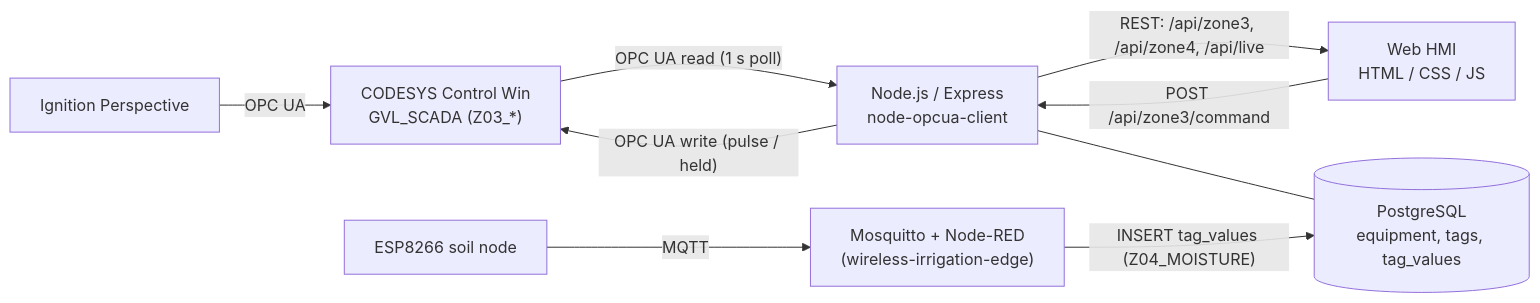
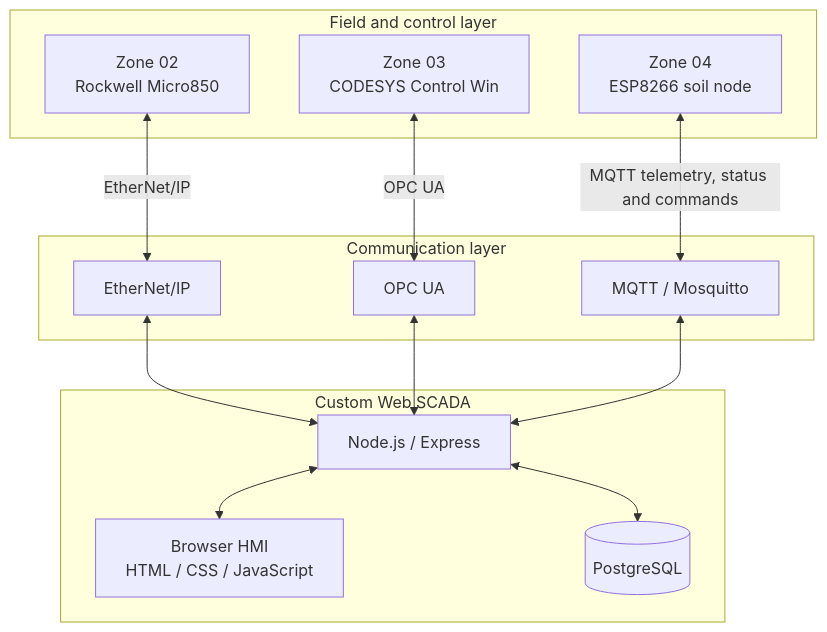
The diagram in README.md (Radfar/building-irrigation-scada), drawn with Mermaid before and after one commit. The commit also changed other lines of this file, not shown here.

Commit message:
Update README for multi-brand web SCADA architecture

````diff
--- a/README.md
+++ b/README.md
@@ -17,19 +17,29 @@
 ```mermaid
-flowchart LR
-  PLC["CODESYS Control Win<br/>GVL_SCADA (Z03_*)"]
-  N["Node.js / Express<br/>node-opcua-client"]
-  H["Web HMI<br/>HTML / CSS / JS"]
-  DB[("PostgreSQL<br/>equipment, tags, tag_values")]
-  I["Ignition Perspective"]
-  S["ESP8266 soil node"]
-  E["Mosquitto + Node-RED<br/>(wireless-irrigation-edge)"]
+flowchart TB
+  subgraph FIELD["Field and control layer"]
+    Z2["Zone 02<br/>Rockwell Micro850"]
+    Z3["Zone 03<br/>CODESYS Control Win"]
+    Z4["Zone 04<br/>ESP8266 soil node"]
+  end
 
-  PLC -- "OPC UA read (1 s poll)" --> N
-  N -- "OPC UA write (pulse / held)" --> PLC
-  N -- "REST: /api/zone3, /api/zone4, /api/live" --> H
-  H -- "POST /api/zone3/command" --> N
-  N --- DB
-  I -- "OPC UA" --> PLC
-  S -- "MQTT" --> E
-  E -- "INSERT tag_values (Z04_MOISTURE)" --> DB
+  subgraph COMM["Communication layer"]
+    EIP["EtherNet/IP"]
+    OPC["OPC UA"]
+    MQTT["MQTT / Mosquitto"]
+  end
+
+  subgraph APP["Custom Web SCADA"]
+    BE["Node.js / Express"]
+    FE["Browser HMI<br/>HTML / CSS / JavaScript"]
+    DB[("PostgreSQL")]
+  end
+
+  Z2 <-->|"EtherNet/IP"| EIP
+  Z3 <-->|"OPC UA"| OPC
+  Z4 <-->|"MQTT telemetry, status and commands"| MQTT
+  EIP <--> BE
+  OPC <--> BE
+  MQTT <--> BE
+  BE <--> FE
+  BE <--> DB
 ```
````
